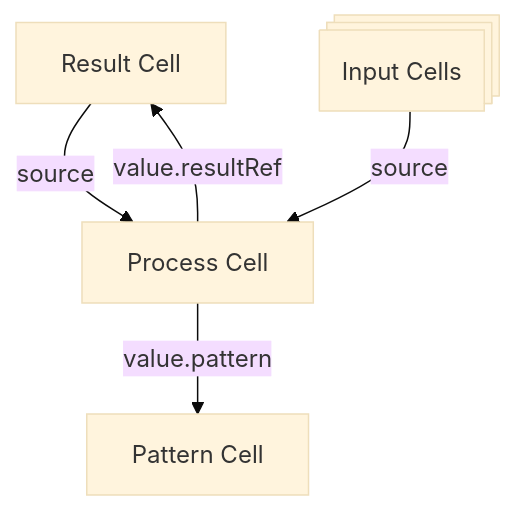
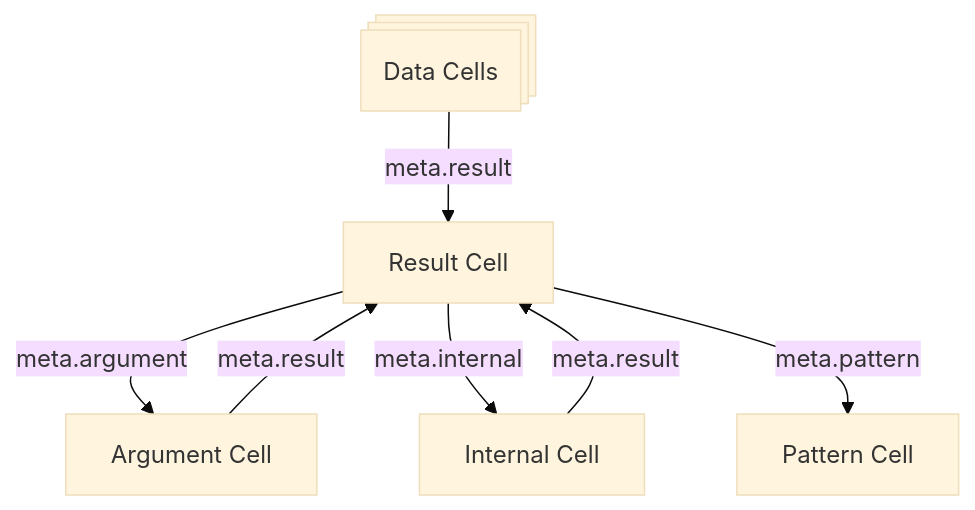
One commit to commontoolsinc/labs changed the diagram in docs/common/concepts/pattern.md. Above: the diagram before and after it, drawn with Mermaid (base theme). The commit also changed 28 other files, not shown here.

Commit message:
Align docs with result-cell metadata model

````diff
--- a/docs/common/concepts/pattern.md
+++ b/docs/common/concepts/pattern.md
@@ -5,8 +5,10 @@
 ```mermaid
 flowchart TD
         A["Result Cell"]
-        A --source--> B["Process Cell"]
-        B --value.resultRef--> A
-        B --value.pattern--> C["Pattern Cell"]
-        D@{ shape: procs, label: "Input Cells"} --source--> B
+        A --meta.argument--> B["Argument Cell"]
+        A --meta.internal--> C["Internal Cell"]
+        A --meta.pattern--> D["Pattern Cell"]
+        B --meta.result--> A
+        C --meta.result--> A
+        E@{ shape: procs, label: "Data Cells"} --meta.result--> A
 ```
````
